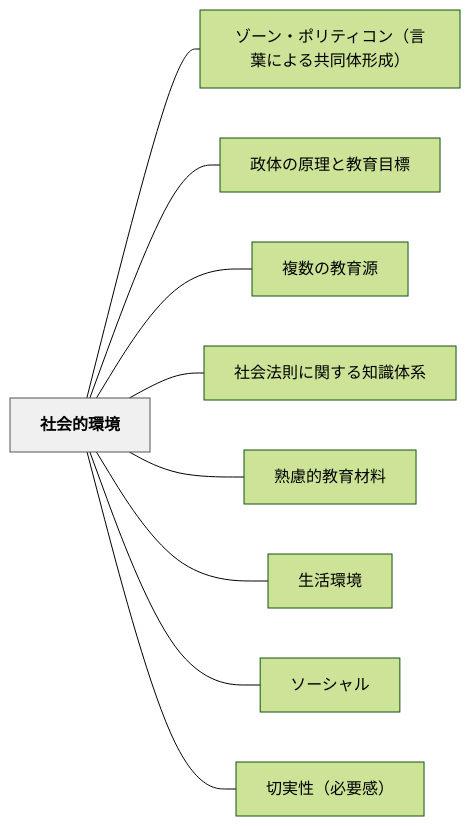
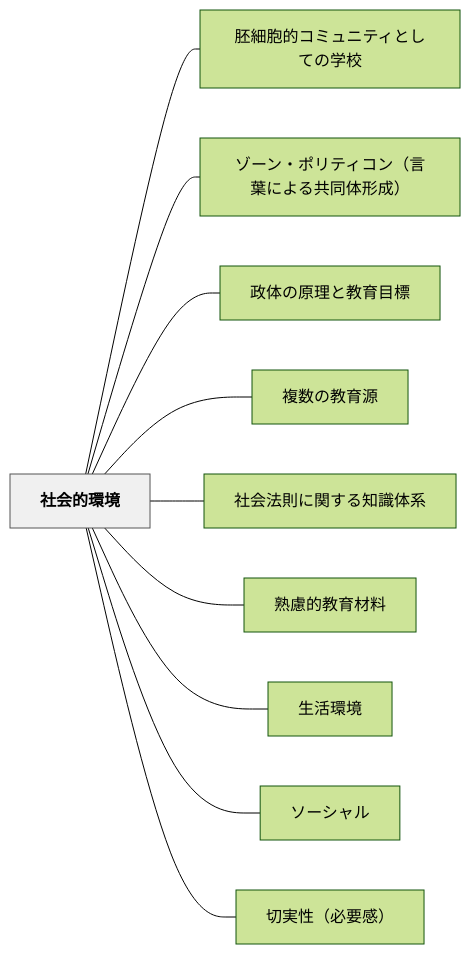
Before and after one commit to unknownthings-ed-patterns/unknownthings-ed-patterns: the diagram in content/パタン/社会的環境.md, drawn with Mermaid (forest theme). The commit also changed other lines of this file and 185 other files, not shown here.

````diff
--- a/content/パタン/社会的環境.md
+++ b/content/パタン/社会的環境.md
@@ -64,24 +65,26 @@
 ```mermaid
 flowchart LR
     ne7a4bee4bc9ae79a84e792b0e5a283["社会的環境"]
+    ne8839ae7b4b0e8839ee79a84e382b3e3839fe383a5e3838be38386e382a3e381a8e38197e381a6e381aee5ada6e6a0a1["胚細胞的コミュニティとしての学校"]
     ne382bee383bce383b3e383bbe3839de383aae38386e382a3e382b3e383b3efbc88e8a880e89189e381abe38288e3828be585b1e5908ce4bd93e5bda2e68890efbc89["ゾーン・ポリティコン（言葉による共同体形成）"]
     ne694bfe4bd93e381aee58e9fe79086e381a8e69599e882b2e79baee6a899["政体の原理と教育目標"]
     ne8a487e695b0e381aee69599e882b2e6ba90["複数の教育源"]
     ne7a4bee4bc9ae6b395e58987e381abe996a2e38199e3828be79fa5e8ad98e4bd93e7b3bb["社会法則に関する知識体系"]
     ne7869fe685aee79a84e69599e882b2e69d90e69699["熟慮的教育材料"]
     ne7949fe6b4bbe792b0e5a283["生活環境"]
     ne382bde383bce382b7e383a3e383ab["ソーシャル"]
     ne58887e5ae9fe680a7efbc88e5bf85e8a681e6849fefbc89["切実性（必要感）"]
 
+    ne7a4bee4bc9ae79a84e792b0e5a283 --- ne8839ae7b4b0e8839ee79a84e382b3e3839fe383a5e3838be38386e382a3e381a8e38197e381a6e381aee5ada6e6a0a1
     ne7a4bee4bc9ae79a84e792b0e5a283 --- ne382bee383bce383b3e383bbe3839de383aae38386e382a3e382b3e383b3efbc88e8a880e89189e381abe38288e3828be585b1e5908ce4bd93e5bda2e68890efbc89
     ne7a4bee4bc9ae79a84e792b0e5a283 --- ne694bfe4bd93e381aee58e9fe79086e381a8e69599e882b2e79baee6a899
     ne7a4bee4bc9ae79a84e792b0e5a283 --- ne8a487e695b0e381aee69599e882b2e6ba90
     ne7a4bee4bc9ae79a84e792b0e5a283 --- ne7a4bee4bc9ae6b395e58987e381abe996a2e38199e3828be79fa5e8ad98e4bd93e7b3bb
     ne7a4bee4bc9ae79a84e792b0e5a283 --- ne7869fe685aee79a84e69599e882b2e69d90e69699
     ne7a4bee4bc9ae79a84e792b0e5a283 --- ne7949fe6b4bbe792b0e5a283
     ne7a4bee4bc9ae79a84e792b0e5a283 --- ne382bde383bce382b7e383a3e383ab
     ne7a4bee4bc9ae79a84e792b0e5a283 --- ne58887e5ae9fe680a7efbc88e5bf85e8a681e6849fefbc89
 
     classDef hub fill:#f0f0f0,stroke:#555,color:#000,font-weight:bold
     class ne7a4bee4bc9ae79a84e792b0e5a283 hub
 ```
````
